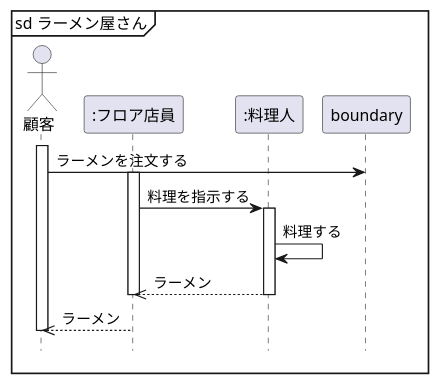
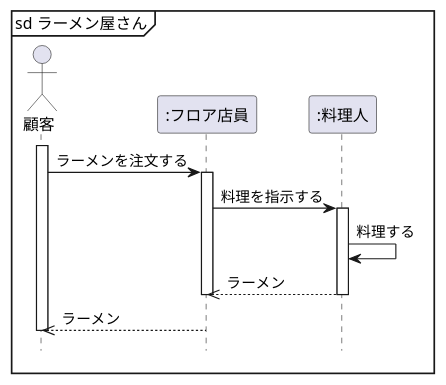
One commit to syutamorijyobi/uml-introduction changed the diagram in 演習4-1_SD_ラーメン屋さんでの注文.pu. Above: the diagram before and after it, drawn with PlantUML.

Commit message:
4-1の編集

```diff
--- a/演習4-1_SD_ラーメン屋さんでの注文.pu
+++ b/演習4-1_SD_ラーメン屋さんでの注文.pu
@@ -1,19 +1,19 @@
 @startuml ラーメンの注文
 hide footbox
 Actor 顧客 as guest
 participant ":フロア店員" as clerk
 participant ":料理人" as cooker
 mainframe sd ラーメン屋さん
 activate guest 
-guest -> boundary : ラーメンを注文する
+guest -> clerk : ラーメンを注文する
 activate clerk
 clerk ->cooker:料理を指示する
 activate cooker
 cooker -> cooker:料理する
 clerk <<-- cooker:ラーメン
 deactivate cooker
 deactivate clerk
 guest <<-- clerk: ラーメン
 deactivate guest
 
 @enduml
```
